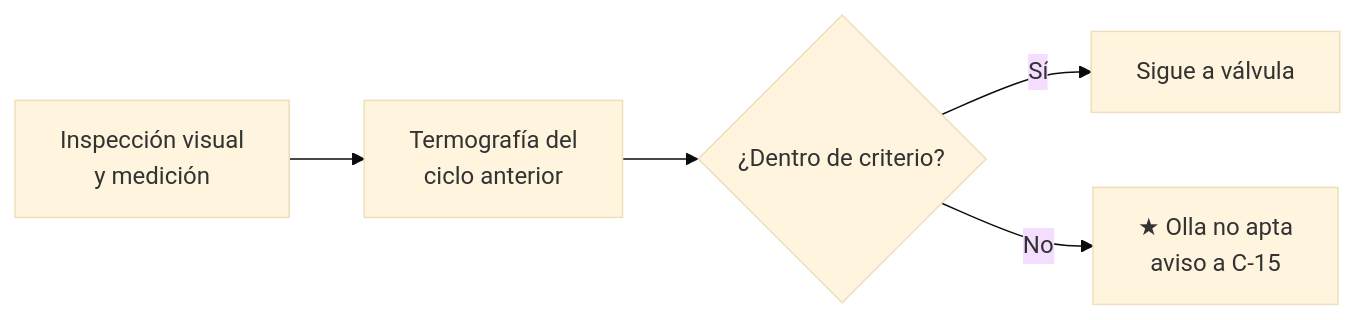
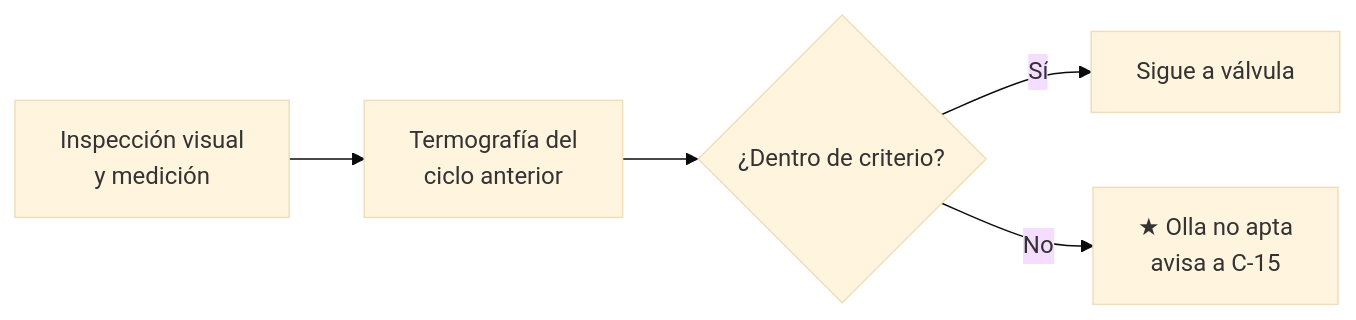
The third of 6 diagrams in 10-plantas/01-steelmaking/06-instrucciones-trabajo/IT-S08-preparador-ollas.md (diegocardonaguzman03-maker/HR), drawn with Mermaid (base theme) before and after one commit. The commit also changed 7 other files, not shown here.

````diff
--- a/10-plantas/01-steelmaking/06-instrucciones-trabajo/IT-S08-preparador-ollas.md
+++ b/10-plantas/01-steelmaking/06-instrucciones-trabajo/IT-S08-preparador-ollas.md
@@ -90,7 +90,7 @@
 ```mermaid
 flowchart LR
     A["Inspección visual<br/>y medición"] --> B["Termografía del<br/>ciclo anterior"]
     B --> C{"¿Dentro de criterio?"}
     C -- "Sí" --> D["Sigue a válvula"]
-    C -- "No" --> E["★ Olla no apta<br/>aviso a C-15"]
+    C -- "No" --> E["★ Olla no apta<br/>avisa a C-15"]
 ```
````
